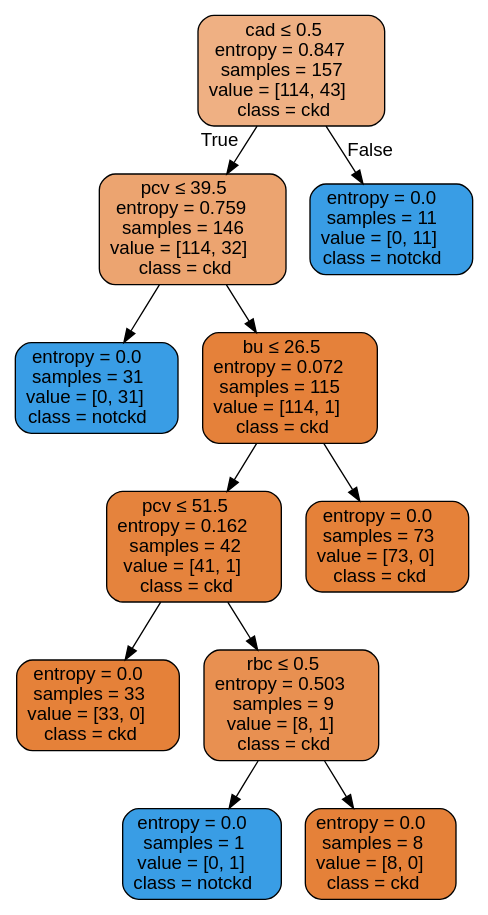
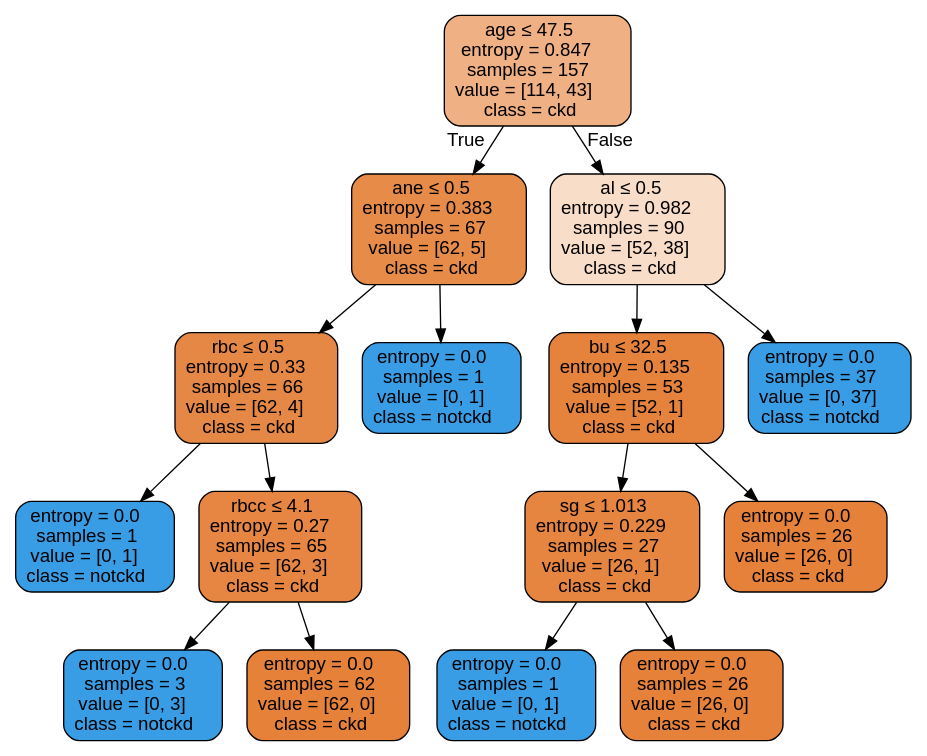
One commit to nisimatteo834/health changed the diagram in Lab2/Tree.dot. Above: the diagram before and after it, drawn with Graphviz. The commit also changed 1 other file, not shown here.

```diff
--- a/Lab2/Tree.dot
+++ b/Lab2/Tree.dot
@@ -1,25 +1,33 @@
 digraph Tree {
 node [shape=box, style="filled, rounded", color="black", fontname=helvetica] ;
 edge [fontname=helvetica] ;
-0 [label=<cad &le; 0.5<br/>entropy = 0.847<br/>samples = 157<br/>value = [114, 43]<br/>class = ckd>, fillcolor="#e581399f"] ;
-1 [label=<pcv &le; 39.5<br/>entropy = 0.759<br/>samples = 146<br/>value = [114, 32]<br/>class = ckd>, fillcolor="#e58139b7"] ;
+0 [label=<age &le; 47.5<br/>entropy = 0.847<br/>samples = 157<br/>value = [114, 43]<br/>class = ckd>, fillcolor="#e581399f"] ;
+1 [label=<ane &le; 0.5<br/>entropy = 0.383<br/>samples = 67<br/>value = [62, 5]<br/>class = ckd>, fillcolor="#e58139ea"] ;
 0 -> 1 [labeldistance=2.5, labelangle=45, headlabel="True"] ;
-2 [label=<entropy = 0.0<br/>samples = 31<br/>value = [0, 31]<br/>class = notckd>, fillcolor="#399de5ff"] ;
+2 [label=<rbc &le; 0.5<br/>entropy = 0.33<br/>samples = 66<br/>value = [62, 4]<br/>class = ckd>, fillcolor="#e58139ef"] ;
 1 -> 2 ;
-3 [label=<bu &le; 26.5<br/>entropy = 0.072<br/>samples = 115<br/>value = [114, 1]<br/>class = ckd>, fillcolor="#e58139fd"] ;
-1 -> 3 ;
-4 [label=<pcv &le; 51.5<br/>entropy = 0.162<br/>samples = 42<br/>value = [41, 1]<br/>class = ckd>, fillcolor="#e58139f9"] ;
-3 -> 4 ;
-5 [label=<entropy = 0.0<br/>samples = 33<br/>value = [33, 0]<br/>class = ckd>, fillcolor="#e58139ff"] ;
+3 [label=<entropy = 0.0<br/>samples = 1<br/>value = [0, 1]<br/>class = notckd>, fillcolor="#399de5ff"] ;
+2 -> 3 ;
+4 [label=<rbcc &le; 4.1<br/>entropy = 0.27<br/>samples = 65<br/>value = [62, 3]<br/>class = ckd>, fillcolor="#e58139f3"] ;
+2 -> 4 ;
+5 [label=<entropy = 0.0<br/>samples = 3<br/>value = [0, 3]<br/>class = notckd>, fillcolor="#399de5ff"] ;
 4 -> 5 ;
-6 [label=<rbc &le; 0.5<br/>entropy = 0.503<br/>samples = 9<br/>value = [8, 1]<br/>class = ckd>, fillcolor="#e58139df"] ;
+6 [label=<entropy = 0.0<br/>samples = 62<br/>value = [62, 0]<br/>class = ckd>, fillcolor="#e58139ff"] ;
 4 -> 6 ;
 7 [label=<entropy = 0.0<br/>samples = 1<br/>value = [0, 1]<br/>class = notckd>, fillcolor="#399de5ff"] ;
-6 -> 7 ;
-8 [label=<entropy = 0.0<br/>samples = 8<br/>value = [8, 0]<br/>class = ckd>, fillcolor="#e58139ff"] ;
-6 -> 8 ;
-9 [label=<entropy = 0.0<br/>samples = 73<br/>value = [73, 0]<br/>class = ckd>, fillcolor="#e58139ff"] ;
-3 -> 9 ;
-10 [label=<entropy = 0.0<br/>samples = 11<br/>value = [0, 11]<br/>class = notckd>, fillcolor="#399de5ff"] ;
-0 -> 10 [labeldistance=2.5, labelangle=-45, headlabel="False"] ;
+1 -> 7 ;
+8 [label=<al &le; 0.5<br/>entropy = 0.982<br/>samples = 90<br/>value = [52, 38]<br/>class = ckd>, fillcolor="#e5813945"] ;
+0 -> 8 [labeldistance=2.5, labelangle=-45, headlabel="False"] ;
+9 [label=<bu &le; 32.5<br/>entropy = 0.135<br/>samples = 53<br/>value = [52, 1]<br/>class = ckd>, fillcolor="#e58139fa"] ;
+8 -> 9 ;
+10 [label=<sg &le; 1.013<br/>entropy = 0.229<br/>samples = 27<br/>value = [26, 1]<br/>class = ckd>, fillcolor="#e58139f5"] ;
+9 -> 10 ;
+11 [label=<entropy = 0.0<br/>samples = 1<br/>value = [0, 1]<br/>class = notckd>, fillcolor="#399de5ff"] ;
+10 -> 11 ;
+12 [label=<entropy = 0.0<br/>samples = 26<br/>value = [26, 0]<br/>class = ckd>, fillcolor="#e58139ff"] ;
+10 -> 12 ;
+13 [label=<entropy = 0.0<br/>samples = 26<br/>value = [26, 0]<br/>class = ckd>, fillcolor="#e58139ff"] ;
+9 -> 13 ;
+14 [label=<entropy = 0.0<br/>samples = 37<br/>value = [0, 37]<br/>class = notckd>, fillcolor="#399de5ff"] ;
+8 -> 14 ;
 }
```
